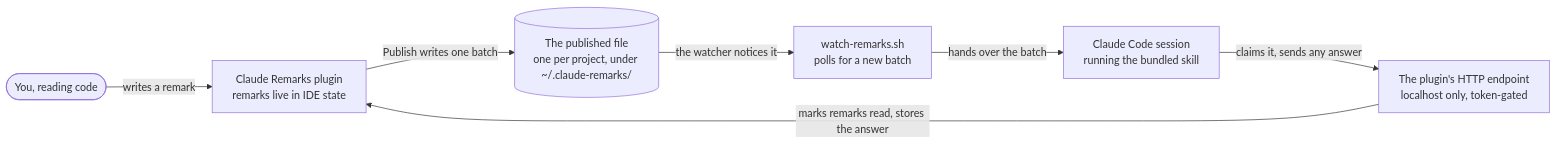
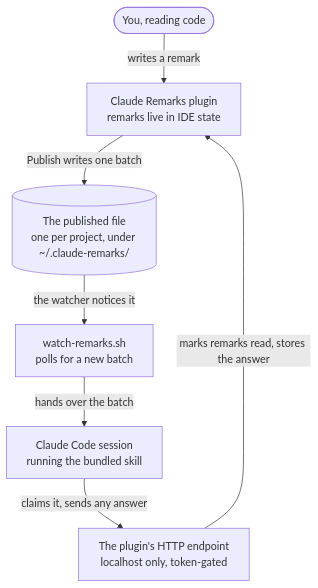
The first of 2 diagrams in README.md (p4elkin/claude-remarks), drawn with Mermaid before and after one commit.

Commit message:
docs: stack the components diagram, it was unreadable side by side
Six nodes with two-line labels laid out left to right are wider than the
README column on GitHub, so the whole diagram was scaled down until the
text could not be read. Checked on the rendered page, not guessed.
Top-down gives each node the full width.

````diff
--- a/README.md
+++ b/README.md
@@ -34,16 +34,16 @@
 ```mermaid
-flowchart LR
+flowchart TD
     you(["You, reading code"])
     plugin["Claude Remarks plugin<br/>remarks live in IDE state"]
     file[("The published file<br/>one per project, under ~/.claude-remarks/")]
     watcher["watch-remarks.sh<br/>polls for a new batch"]
     session["Claude Code session<br/>running the bundled skill"]
     endpoint["The plugin's HTTP endpoint<br/>localhost only, token-gated"]
 
     you -->|writes a remark| plugin
     plugin -->|Publish writes one batch| file
     file -->|the watcher notices it| watcher
     watcher -->|hands over the batch| session
     session -->|claims it, sends any answer| endpoint
     endpoint -->|marks remarks read, stores the answer| plugin
 ```
````
